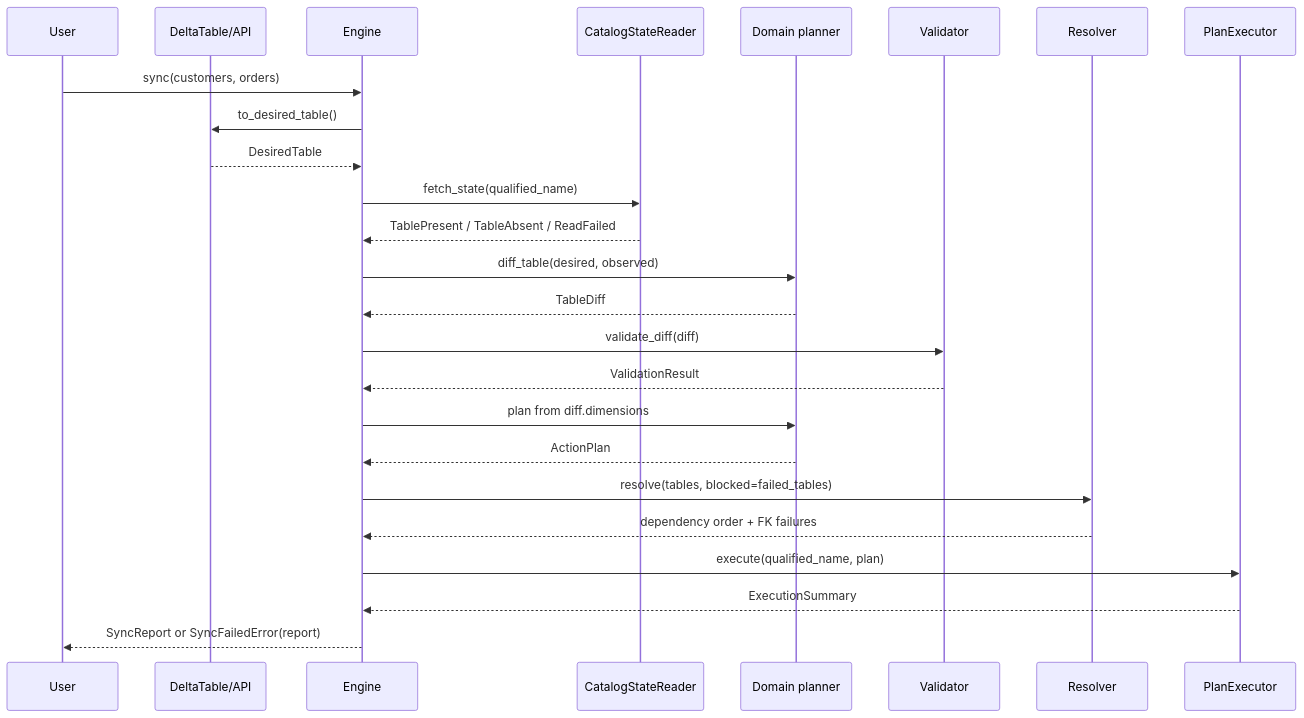
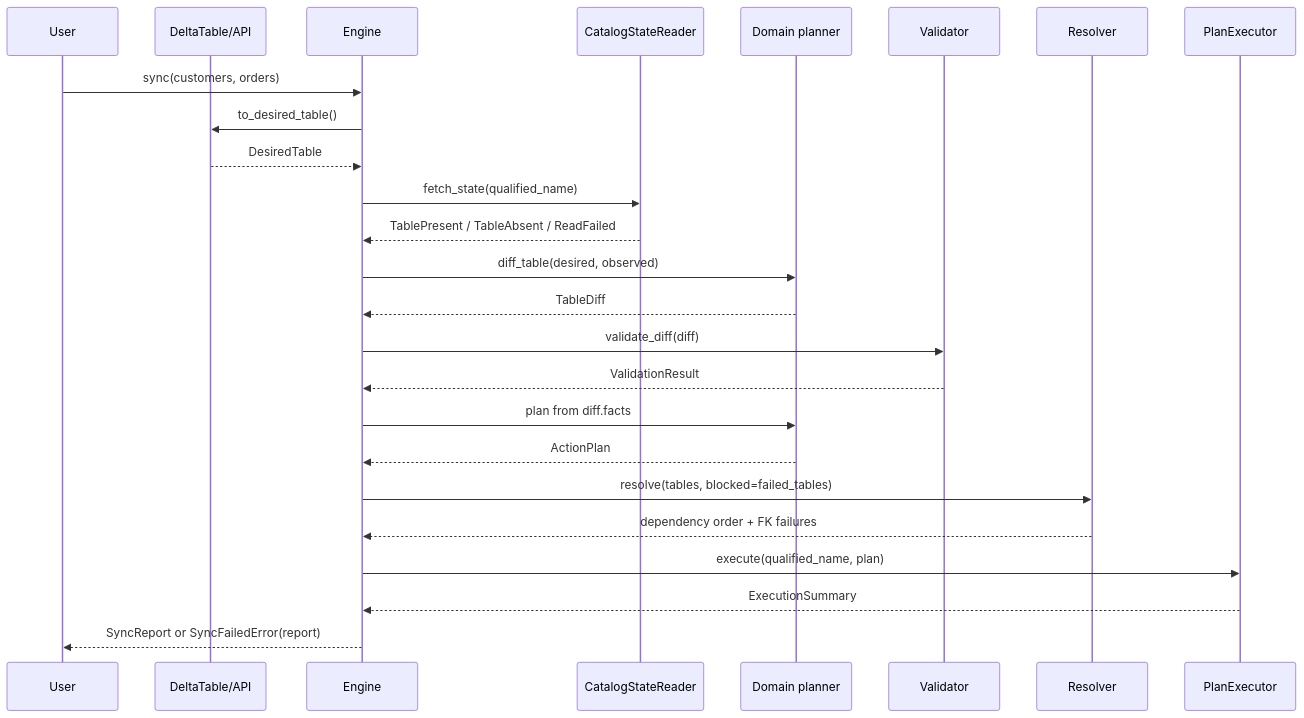
Before and after one commit to Tomoscorbin/delta-engine: the third of 4 diagrams in docs/explanation-architecture.md, drawn with Mermaid. The commit also changed other lines of this file and 12 other files, not shown here.

````diff
--- a/docs/explanation-architecture.md
+++ b/docs/explanation-architecture.md
@@ -76,28 +76,28 @@
 ```mermaid
 sequenceDiagram
     participant User
     participant API as DeltaTable/API
     participant Engine
     participant Reader as CatalogStateReader
     participant Domain as Domain planner
     participant Validator
     participant Resolver
     participant Executor as PlanExecutor
 
     User->>Engine: sync(customers, orders)
     Engine->>API: to_desired_table()
     API-->>Engine: DesiredTable
     Engine->>Reader: fetch_state(qualified_name)
     Reader-->>Engine: TablePresent / TableAbsent / ReadFailed
     Engine->>Domain: diff_table(desired, observed)
     Domain-->>Engine: TableDiff
     Engine->>Validator: validate_diff(diff)
     Validator-->>Engine: ValidationResult
-    Engine->>Domain: plan from diff.dimensions
+    Engine->>Domain: plan from diff.facts
     Domain-->>Engine: ActionPlan
     Engine->>Resolver: resolve(tables, blocked=failed_tables)
     Resolver-->>Engine: dependency order + FK failures
     Engine->>Executor: execute(qualified_name, plan)
     Executor-->>Engine: ExecutionSummary
     Engine-->>User: SyncReport or SyncFailedError(report)
 ```
````
